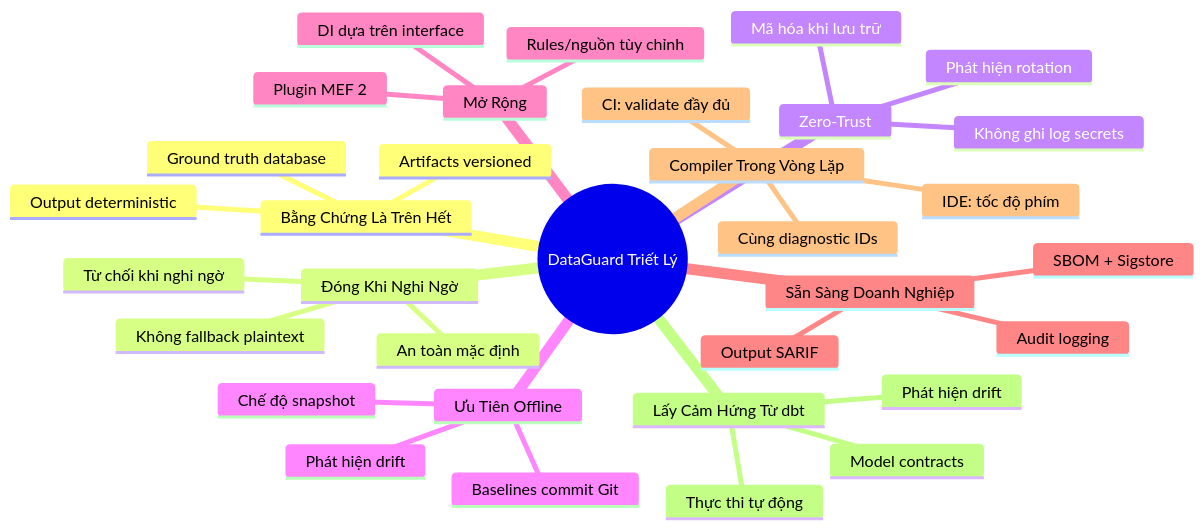
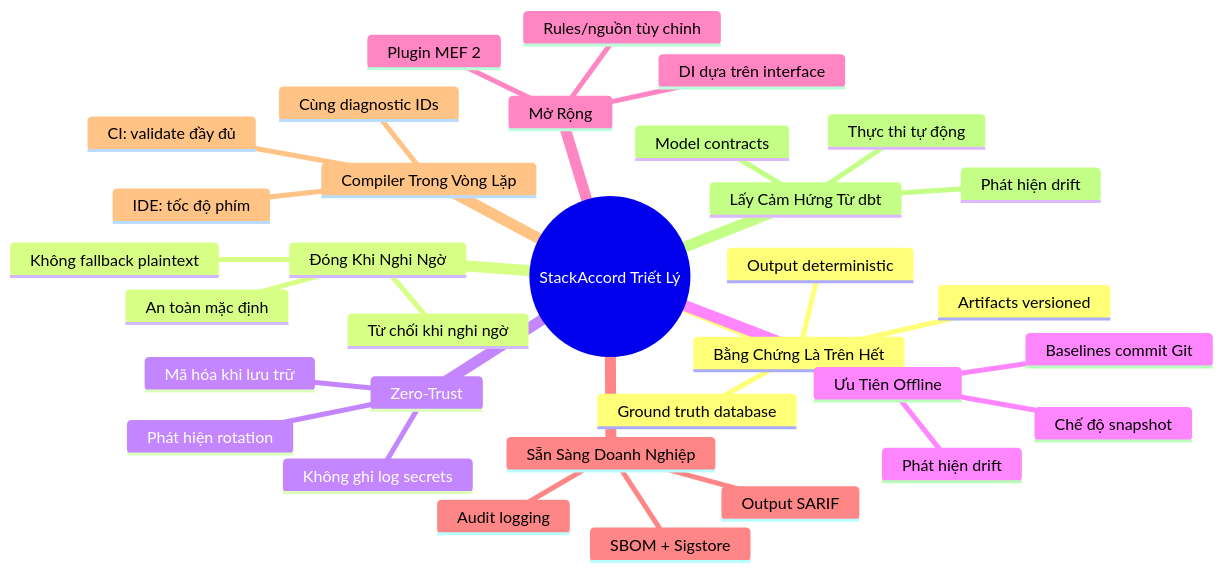
One commit to thanhnt-sm/eco_support_net_oracle changed the eighth of 8 diagrams in docs/02-architecture/design-philosophy.vi.md. Above: the diagram before and after it, drawn with Mermaid. The commit also changed other lines of this file and 115 other files, not shown here.

Commit message:
fix(branding): align StackAccord docs and release copy

````diff
--- a/docs/02-architecture/design-philosophy.vi.md
+++ b/docs/02-architecture/design-philosophy.vi.md
@@ -266,36 +266,36 @@
 ```mermaid
 mindmap
-  root((DataGuard Triết Lý))
+  root((StackAccord Triết Lý))
     Bằng Chứng Là Trên Hết
       Ground truth database
       Artifacts versioned
       Output deterministic
     Đóng Khi Nghi Ngờ
       Không fallback plaintext
       Từ chối khi nghi ngờ
       An toàn mặc định
     Zero-Trust
       Không ghi log secrets
       Mã hóa khi lưu trữ
       Phát hiện rotation
     Ưu Tiên Offline
       Chế độ snapshot
       Baselines commit Git
       Phát hiện drift
     Mở Rộng
       Plugin MEF 2
       DI dựa trên interface
       Rules/nguồn tùy chỉnh
     Sẵn Sàng Doanh Nghiệp
       Output SARIF
       Audit logging
       SBOM + Sigstore
     Compiler Trong Vòng Lặp
       IDE: tốc độ phím
       CI: validate đầy đủ
       Cùng diagnostic IDs
     Lấy Cảm Hứng Từ dbt
       Model contracts
       Thực thi tự động
       Phát hiện drift
 ```
````
